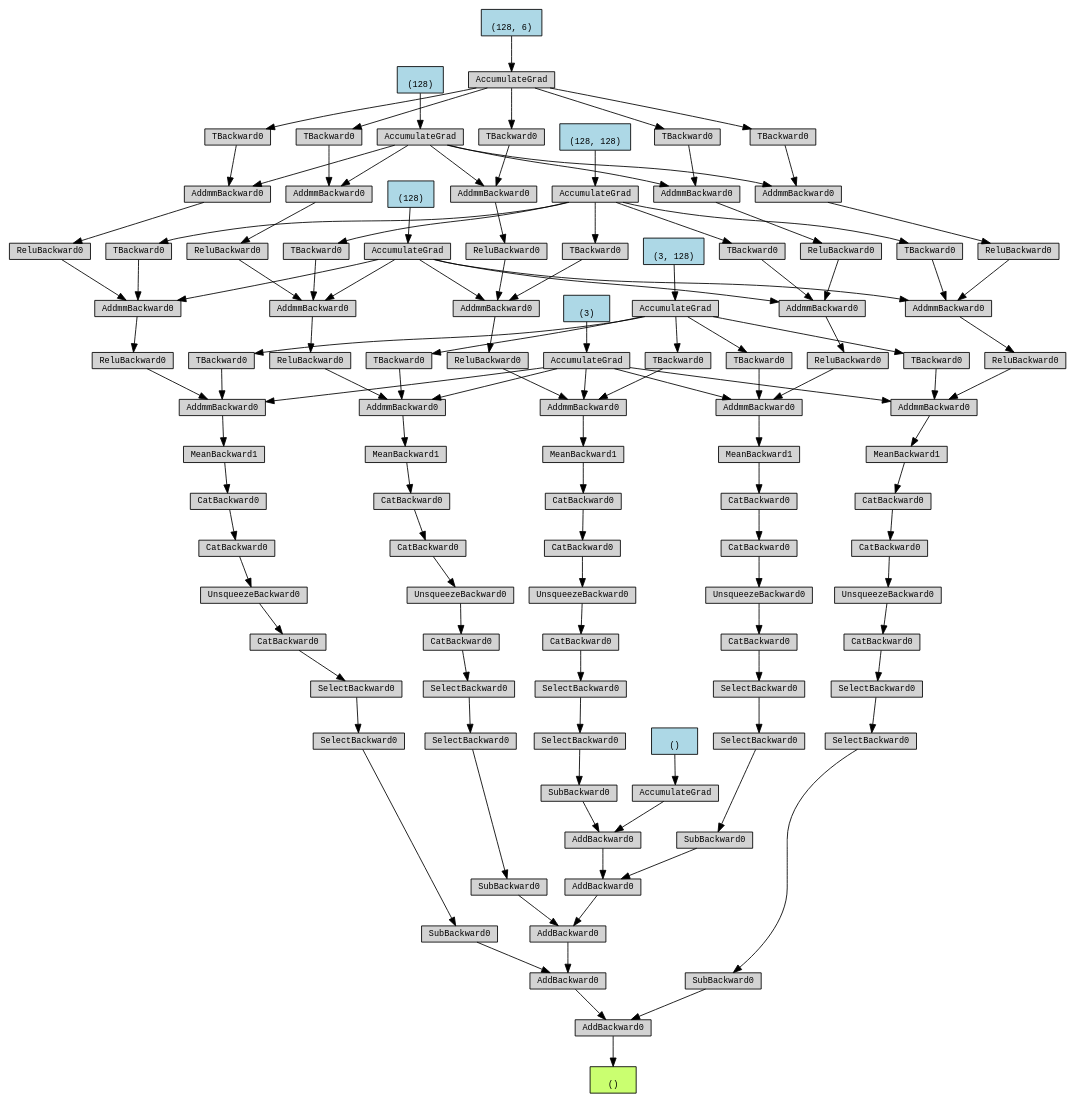
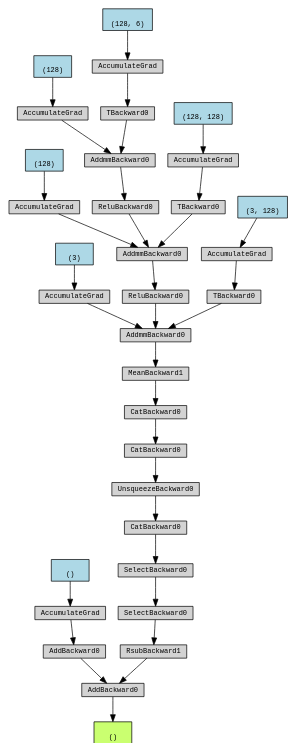
The diagram in Digraph.gv (cainan2600/catkin_rm), drawn with Graphviz before and after one commit. The commit also changed 65 other files, not shown here.

```diff
--- a/Digraph.gv
+++ b/Digraph.gv
@@ -1,235 +1,77 @@
 digraph {
-	graph [size="33.449999999999996,33.449999999999996"]
+	graph [size="12,12"]
 	node [align=left fontname=monospace fontsize=10 height=0.2 ranksep=0.1 shape=box style=filled]
-	140176672402832 [label="
+	140099860855872 [label="
  ()" fillcolor=darkolivegreen1]
-	140176672236848 [label=AddBackward0]
-	140176672236896 -> 140176672236848
-	140176672236896 [label=AddBackward0]
-	140176672229120 -> 140176672236896
-	140176672229120 [label=AddBackward0]
-	140176672237424 -> 140176672229120
-	140176672237424 [label=AddBackward0]
-	140176672238144 -> 140176672237424
-	140176672238144 [label=AddBackward0]
-	140176672238480 -> 140176672238144
-	140176670150384 [label="
+	140099863062960 [label=AddBackward0]
+	140099863058496 -> 140099863062960
+	140099863058496 [label=AddBackward0]
+	140099863062384 -> 140099863058496
+	140099860826048 [label="
  ()" fillcolor=lightblue]
-	140176670150384 -> 140176672238480
-	140176672238480 [label=AccumulateGrad]
-	140176672238720 -> 140176672238144
-	140176672238720 [label=SubBackward0]
-	140176672237568 -> 140176672238720
-	140176672237568 [label=SelectBackward0]
-	140176672239392 -> 140176672237568
-	140176672239392 [label=SelectBackward0]
-	140176672235840 -> 140176672239392
-	140176672235840 [label=CatBackward0]
-	140176672239776 -> 140176672235840
-	140176672239776 [label=UnsqueezeBackward0]
-	140176672239968 -> 140176672239776
-	140176672239968 [label=CatBackward0]
-	140176672240160 -> 140176672239968
-	140176672240160 [label=CatBackward0]
-	140176672240304 -> 140176672240160
-	140176672240304 [label=MeanBackward1]
-	140176672240448 -> 140176672240304
-	140176672240448 [label=AddmmBackward0]
-	140176672232432 -> 140176672240448
-	140176672284224 [label="
+	140099860826048 -> 140099863062384
+	140099863062384 [label=AccumulateGrad]
+	140099863058448 -> 140099863062960
+	140099863058448 [label=RsubBackward1]
+	140099863057872 -> 140099863058448
+	140099863057872 [label=SelectBackward0]
+	140099863060704 -> 140099863057872
+	140099863060704 [label=SelectBackward0]
+	140099863058400 -> 140099863060704
+	140099863058400 [label=CatBackward0]
+	140099863066944 -> 140099863058400
+	140099863066944 [label=UnsqueezeBackward0]
+	140099863064928 -> 140099863066944
+	140099863064928 [label=CatBackward0]
+	140099863063968 -> 140099863064928
+	140099863063968 [label=CatBackward0]
+	140099863063824 -> 140099863063968
+	140099863063824 [label=MeanBackward1]
+	140099863058256 -> 140099863063824
+	140099863058256 [label=AddmmBackward0]
+	140099863060896 -> 140099863058256
+	140099863095200 [label="
  (3)" fillcolor=lightblue]
-	140176672284224 -> 140176672232432
-	140176672232432 [label=AccumulateGrad]
-	140176672232336 -> 140176672240448
-	140176672232336 [label=ReluBackward0]
-	140176672241024 -> 140176672232336
-	140176672241024 [label=AddmmBackward0]
-	140176672241216 -> 140176672241024
-	140176672284064 [label="
+	140099863095200 -> 140099863060896
+	140099863060896 [label=AccumulateGrad]
+	140099863066128 -> 140099863058256
+	140099863066128 [label=ReluBackward0]
+	140099863058688 -> 140099863066128
+	140099863058688 [label=AddmmBackward0]
+	140099863066464 -> 140099863058688
+	140099863095040 [label="
  (128)" fillcolor=lightblue]
-	140176672284064 -> 140176672241216
-	140176672241216 [label=AccumulateGrad]
-	140176672241312 -> 140176672241024
-	140176672241312 [label=ReluBackward0]
-	140176672241840 -> 140176672241312
-	140176672241840 [label=AddmmBackward0]
-	140176672241456 -> 140176672241840
-	140176672283264 [label="
+	140099863095040 -> 140099863066464
+	140099863066464 [label=AccumulateGrad]
+	140099863064640 -> 140099863058688
+	140099863064640 [label=ReluBackward0]
+	140099863063296 -> 140099863064640
+	140099863063296 [label=AddmmBackward0]
+	140099863063632 -> 140099863063296
+	140099863094480 [label="
  (128)" fillcolor=lightblue]
-	140176672283264 -> 140176672241456
-	140176672241456 [label=AccumulateGrad]
-	140176672241552 -> 140176672241840
-	140176672241552 [label=TBackward0]
-	140176672233536 -> 140176672241552
-	140176672282944 [label="
+	140099863094480 -> 140099863063632
+	140099863063632 [label=AccumulateGrad]
+	140099863062912 -> 140099863063296
+	140099863062912 [label=TBackward0]
+	140099863064592 -> 140099863062912
+	140099863094160 [label="
  (128, 6)" fillcolor=lightblue]
-	140176672282944 -> 140176672233536
-	140176672233536 [label=AccumulateGrad]
-	140176672241072 -> 140176672241024
-	140176672241072 [label=TBackward0]
-	140176672234112 -> 140176672241072
-	140176672283904 [label="
+	140099863094160 -> 140099863064592
+	140099863064592 [label=AccumulateGrad]
+	140099863066848 -> 140099863058688
+	140099863066848 [label=TBackward0]
+	140099863062672 -> 140099863066848
+	140099863094880 [label="
  (128, 128)" fillcolor=lightblue]
-	140176672283904 -> 140176672234112
-	140176672234112 [label=AccumulateGrad]
-	140176672239296 -> 140176672240448
-	140176672239296 [label=TBackward0]
-	140176672233392 -> 140176672239296
-	140176672284144 [label="
+	140099863094880 -> 140099863062672
+	140099863062672 [label=AccumulateGrad]
+	140099863063152 -> 140099863058256
+	140099863063152 [label=TBackward0]
+	140099863066752 -> 140099863063152
+	140099863095120 [label="
  (3, 128)" fillcolor=lightblue]
-	140176672284144 -> 140176672233392
-	140176672233392 [label=AccumulateGrad]
-	140176672238096 -> 140176672237424
-	140176672238096 [label=SubBackward0]
-	140176672239344 -> 140176672238096
-	140176672239344 [label=SelectBackward0]
-	140176672239680 -> 140176672239344
-	140176672239680 [label=SelectBackward0]
-	140176672240112 -> 140176672239680
-	140176672240112 [label=CatBackward0]
-	140176672240352 -> 140176672240112
-	140176672240352 [label=UnsqueezeBackward0]
-	140176672241168 -> 140176672240352
-	140176672241168 [label=CatBackward0]
-	140176672242464 -> 140176672241168
-	140176672242464 [label=CatBackward0]
-	140176672241600 -> 140176672242464
-	140176672241600 [label=MeanBackward1]
-	140176672242176 -> 140176672241600
-	140176672242176 [label=AddmmBackward0]
-	140176672232432 -> 140176672242176
-	140176672234160 -> 140176672242176
-	140176672234160 [label=ReluBackward0]
-	140176672234208 -> 140176672234160
-	140176672234208 [label=AddmmBackward0]
-	140176672241216 -> 140176672234208
-	140176672227632 -> 140176672234208
-	140176672227632 [label=ReluBackward0]
-	140176672243424 -> 140176672227632
-	140176672243424 [label=AddmmBackward0]
-	140176672241456 -> 140176672243424
-	140176672243664 -> 140176672243424
-	140176672243664 [label=TBackward0]
-	140176672233536 -> 140176672243664
-	140176672228784 -> 140176672234208
-	140176672228784 [label=TBackward0]
-	140176672234112 -> 140176672228784
-	140176672234256 -> 140176672242176
-	140176672234256 [label=TBackward0]
-	140176672233392 -> 140176672234256
-	140176672229168 -> 140176672229120
-	140176672229168 [label=SubBackward0]
-	140176672239440 -> 140176672229168
-	140176672239440 [label=SelectBackward0]
-	140176672240208 -> 140176672239440
-	140176672240208 [label=SelectBackward0]
-	140176672234016 -> 140176672240208
-	140176672234016 [label=CatBackward0]
-	140176672242320 -> 140176672234016
-	140176672242320 [label=UnsqueezeBackward0]
-	140176672234928 -> 140176672242320
-	140176672234928 [label=CatBackward0]
-	140176672236560 -> 140176672234928
-	140176672236560 [label=CatBackward0]
-	140176672243472 -> 140176672236560
-	140176672243472 [label=MeanBackward1]
-	140176672243616 -> 140176672243472
-	140176672243616 [label=AddmmBackward0]
-	140176672232432 -> 140176672243616
-	140176672228352 -> 140176672243616
-	140176672228352 [label=ReluBackward0]
-	140176672227920 -> 140176672228352
-	140176672227920 [label=AddmmBackward0]
-	140176672241216 -> 140176672227920
-	140176672229648 -> 140176672227920
-	140176672229648 [label=ReluBackward0]
-	140176672238576 -> 140176672229648
-	140176672238576 [label=AddmmBackward0]
-	140176672241456 -> 140176672238576
-	140176672228304 -> 140176672238576
-	140176672228304 [label=TBackward0]
-	140176672233536 -> 140176672228304
-	140176672228976 -> 140176672227920
-	140176672228976 [label=TBackward0]
-	140176672234112 -> 140176672228976
-	140176672228640 -> 140176672243616
-	140176672228640 [label=TBackward0]
-	140176672233392 -> 140176672228640
-	140176672237184 -> 140176672236896
-	140176672237184 [label=SubBackward0]
-	140176672239872 -> 140176672237184
-	140176672239872 [label=SelectBackward0]
-	140176672241120 -> 140176672239872
-	140176672241120 [label=SelectBackward0]
-	140176672234304 -> 140176672241120
-	140176672234304 [label=CatBackward0]
-	140176672237232 -> 140176672234304
-	140176672237232 [label=UnsqueezeBackward0]
-	140176672234592 -> 140176672237232
-	140176672234592 [label=CatBackward0]
-	140176672243232 -> 140176672234592
-	140176672243232 [label=CatBackward0]
-	140176672241888 -> 140176672243232
-	140176672241888 [label=MeanBackward1]
-	140176672228064 -> 140176672241888
-	140176672228064 [label=AddmmBackward0]
-	140176672232432 -> 140176672228064
-	140176672234352 -> 140176672228064
-	140176672234352 [label=ReluBackward0]
-	140176672236800 -> 140176672234352
-	140176672236800 [label=AddmmBackward0]
-	140176672241216 -> 140176672236800
-	140176672237472 -> 140176672236800
-	140176672237472 [label=ReluBackward0]
-	140176672227680 -> 140176672237472
-	140176672227680 [label=AddmmBackward0]
-	140176672241456 -> 140176672227680
-	140176672239008 -> 140176672227680
-	140176672239008 [label=TBackward0]
-	140176672233536 -> 140176672239008
-	140176672237712 -> 140176672236800
-	140176672237712 [label=TBackward0]
-	140176672234112 -> 140176672237712
-	140176672234832 -> 140176672228064
-	140176672234832 [label=TBackward0]
-	140176672233392 -> 140176672234832
-	140176672236512 -> 140176672236848
-	140176672236512 [label=SubBackward0]
-	140176672240688 -> 140176672236512
-	140176672240688 [label=SelectBackward0]
-	140176672241648 -> 140176672240688
-	140176672241648 [label=SelectBackward0]
-	140176672243568 -> 140176672241648
-	140176672243568 [label=CatBackward0]
-	140176672243184 -> 140176672243568
-	140176672243184 [label=UnsqueezeBackward0]
-	140176672242416 -> 140176672243184
-	140176672242416 [label=CatBackward0]
-	140176672243040 -> 140176672242416
-	140176672243040 [label=CatBackward0]
-	140176672235888 -> 140176672243040
-	140176672235888 [label=MeanBackward1]
-	140176672237760 -> 140176672235888
-	140176672237760 [label=AddmmBackward0]
-	140176672232432 -> 140176672237760
-	140176672237376 -> 140176672237760
-	140176672237376 [label=ReluBackward0]
-	140176672234448 -> 140176672237376
-	140176672234448 [label=AddmmBackward0]
-	140176672241216 -> 140176672234448
-	140176672241792 -> 140176672234448
-	140176672241792 [label=ReluBackward0]
-	140176672243136 -> 140176672241792
-	140176672243136 [label=AddmmBackward0]
-	140176672241456 -> 140176672243136
-	140176672234064 -> 140176672243136
-	140176672234064 [label=TBackward0]
-	140176672233536 -> 140176672234064
-	140176672242992 -> 140176672234448
-	140176672242992 [label=TBackward0]
-	140176672234112 -> 140176672242992
-	140176672239632 -> 140176672237760
-	140176672239632 [label=TBackward0]
-	140176672233392 -> 140176672239632
-	140176672236848 -> 140176672402832
+	140099863095120 -> 140099863066752
+	140099863066752 [label=AccumulateGrad]
+	140099863062960 -> 140099860855872
 }
```
